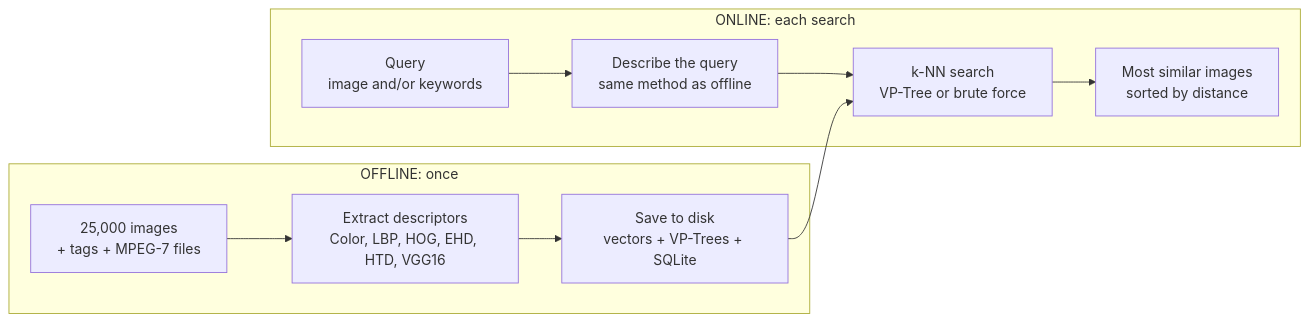
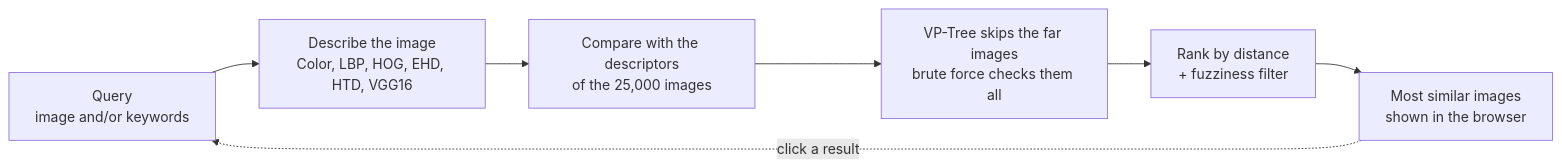
One commit to kard4318/cbir-mirflickr changed the diagram in README.md. Above: the diagram before and after it, drawn with Mermaid. The commit also changed other lines of this file, not shown here.

Commit message:
last change of readme

````diff
--- a/README.md
+++ b/README.md
@@ -22,13 +18,9 @@
 ```mermaid
 flowchart LR
-    subgraph OFF["OFFLINE: once"]
-        A["25,000 images<br/>+ tags + MPEG-7 files"] --> B["Extract descriptors<br/>Color, LBP, HOG, EHD, HTD, VGG16"]
-        B --> C["Save to disk<br/>vectors + VP-Trees + SQLite"]
-    end
-    subgraph ON["ONLINE: each search"]
-        D["Query<br/>image and/or keywords"] --> E["Describe the query<br/>same method as offline"]
-        E --> F["k-NN search<br/>VP-Tree or brute force"]
-        F --> G["Most similar images<br/>sorted by distance"]
-    end
-    C --> F
+    A["Query<br/>image and/or keywords"] --> B["Describe the image<br/>Color, LBP, HOG, EHD, HTD, VGG16"]
+    B --> C["Compare with the descriptors<br/>of the 25,000 images"]
+    C --> D["VP-Tree skips the far images<br/>brute force checks them all"]
+    D --> E["Rank by distance<br/>+ fuzziness filter"]
+    E --> F["Most similar images<br/>shown in the browser"]
+    F -.->|"click a result"| A
 ```
````
